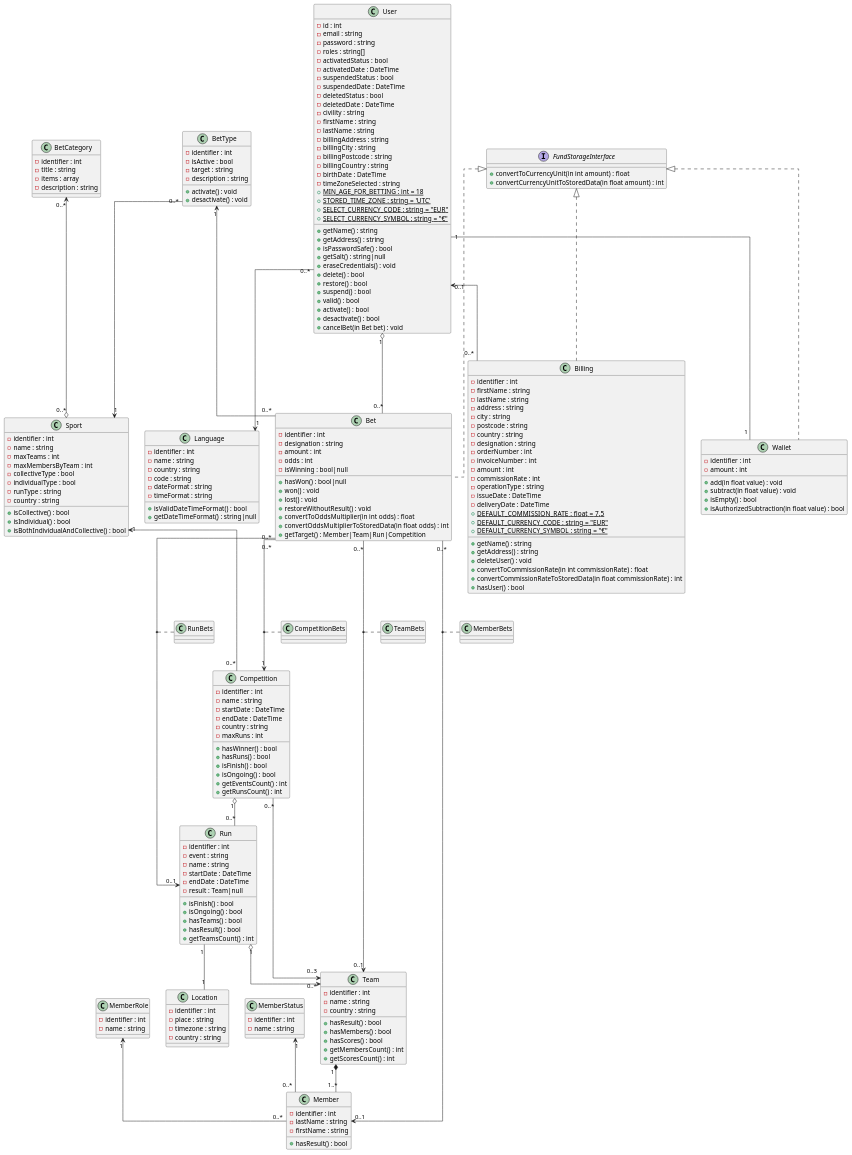
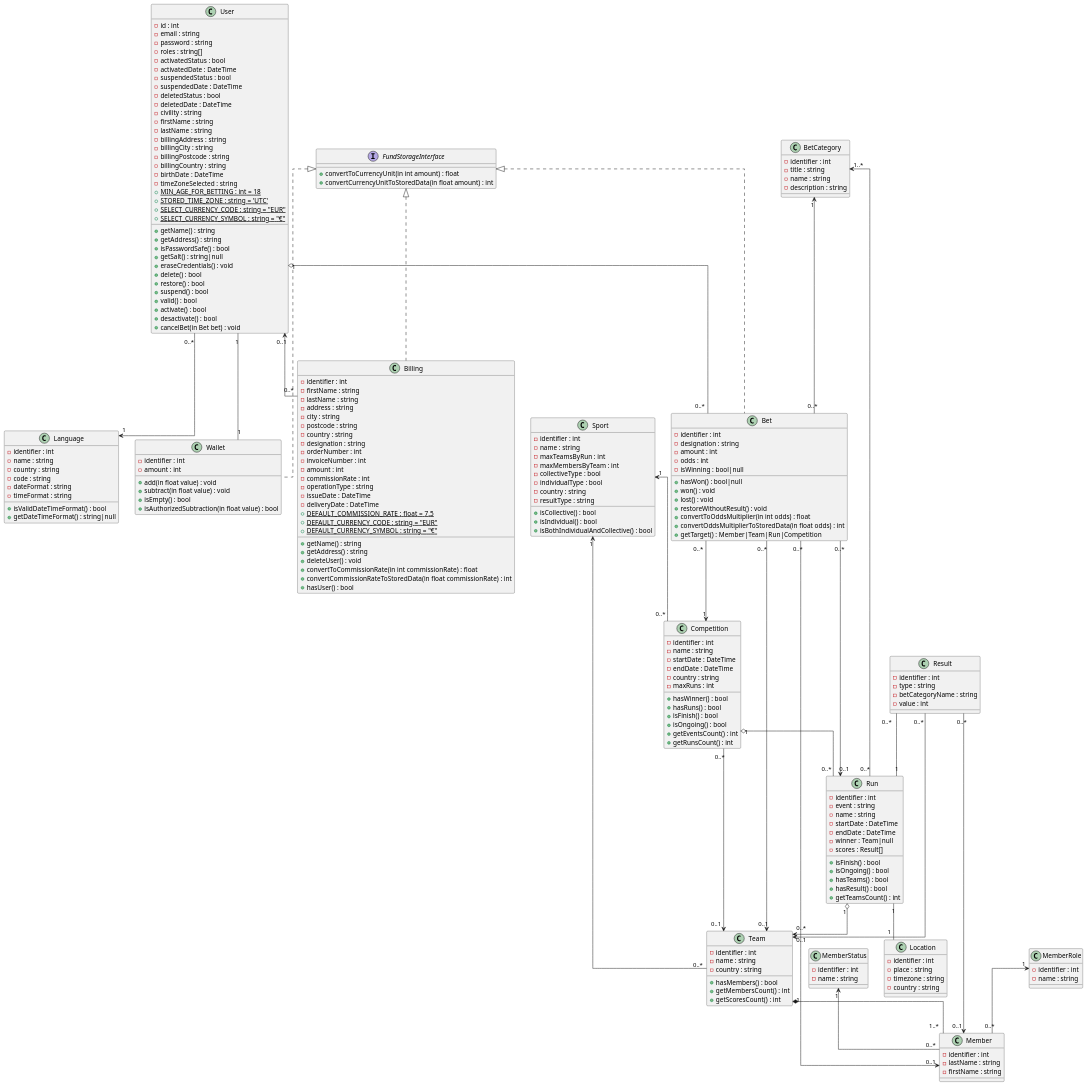
One commit to OFP-CDA-Mulhouse-2020/parisportif5 changed the diagram in docs/Uml/Diagramme_de_classe/Diagramme_de_classe.puml. Above: the diagram before and after it, drawn with PlantUML. The commit also changed 1 other file, not shown here.

Commit message:
2020-12-23 - #2 - Uml refactoring

```diff
--- a/docs/Uml/Diagramme_de_classe/Diagramme_de_classe.puml
+++ b/docs/Uml/Diagramme_de_classe/Diagramme_de_classe.puml
@@ -7,53 +7,41 @@
     'Une facture n'est pas pas forcément lié à un utilisateur existant
     User "0..1" <-- "0..*" Billing
     'Un paris a un type
-    BetType "1" <-- "0..*" Bet
+    BetCategory "1" <-- "0..*" Bet
     'Un utilisateur a un porte-feuille
     User "1" -- "1" Wallet
     'Un utilisateur a des paris
     User "1" o-- "0..*" Bet
-    'Un type de paris est lié à un sport
-    BetType "0..*" --> "1" Sport
-    'Une catégorie de paris est lié a un sport
-    BetCategory "0..*" <--o "0..*" Sport
     'La compétition a une équipe gagnante
-    Competition "0..*" --> "0..3" Team
+    Competition "0..*" --> "0..1" Team
     'Une compétition a plusieurs rencontre ou course
     Competition "1" o-- "0..*" Run
     'Une rencontre ou une course a un lieu
     Run "1" -- "1" Location
-    'Une équipe a des scores (des matchs, des courses)
-    'Team "1" o-- "0..*" Score
     'Une rencontre ou une course a plusieurs équipes
     Run "1" o--> "0..*" Team
     'Une équipe a plusieurs membre
     Team "1" *-- "1..*" Member
     'Une compétition a un sport
     Sport "1" <-- "0..*" Competition
-    'Une équipe a un résultat (gagnant, perdant) même dans le cas de sport individuel
-    'ResultType "0..1" <-- "0..*" Team
-    'Un membre a un résultat dans le cas de sport individuel (gagnant, perdant)
-    'ResultType "0..1" <-- "0..*" Member
+    Result "0..*" -- "1" Run
+    Result "0..*" --> "0..1" Team
+    Result "0..*" --> "0..1" Member
+    BetCategory "1..*" <-- "0..*" Run
+    Sport "1" <-- "0..*" Team
+    'BetCategory "1" <-- "0..*" Result
     'Un membre a un rôle (fonction) tel que pilote, joueur
     MemberRole "1" <-- "0..*" Member
     'Un membre a un status (blessé, titulaire)
     MemberStatus "1" <-- "0..*" Member
     'Liaison potentiel entre un paris et une compétition
     Bet "0..*" --> "1" Competition
-    'Classe d'association entre paris et compétition
-    (Bet, Competition) .. CompetitionBets
     'Liaison potentiel entre un paris et une rencontre ou course
     Bet "0..*" --> "0..1" Run
-    'Classe d'association entre un paris et une rencontre ou course
-    (Bet, Run) .. RunBets
     'Liaison potentiel entre un paris et une équipe
     Bet "0..*" --> "0..1" Team
-    'Classe d'association entre un paris et une équipe
-    (Bet, Team) .. TeamBets
     'Liaison potentiel entre un paris et un membre
     Bet "0..*" --> "0..1" Member
-    'Classe d'association entre un paris et un membre
-    (Bet, Member) .. MemberBets
     'Implémentation de l'interface FundStorageInterface par l'entité Billing
     FundStorageInterface <|.. Billing
     'Implémentation de l'interface FundStorageInterface par l'entité Wallet
@@ -76,11 +64,6 @@
         -identifier : int
         -name : string
     }
-    'Type de résultat (gagnant, perdant, ex aequo)
-    'class ResultType {
-    '    -identifier : int
-    '    -name : string
-    '}
     'Porte-feuille de l'utilisateur avec des fonds (de l'argent gagnés)
     class Wallet {
         -identifier : int
@@ -181,20 +164,11 @@
         +convertOddsMultiplierToStoredData(in float odds) : int
         +getTarget() : Member|Team|Run|Competition
     }
-    'Type de paris (ex: Paris sur la victoire d'1 équipe)
-    class BetType {
-        -identifier : int
-        -isActive : bool
-        -target : string
-        -description : string
-        +activate() : void
-        +desactivate() : void
-    }
-    'Catégorie de paris (ex: Paris sur les résultats)
+    'Catégorie de paris (ex: Paris sur le résultat)
     class BetCategory {
         -identifier : int
         -title : string
-        -items : array
+        -name : string
         -description : string
     }
     'Lieu de la rencontre/course
@@ -208,12 +182,12 @@
     class Sport {
         -identifier : int
         -name : string
-        -maxTeams : int
+        -maxTeamsByRun : int
         -maxMembersByTeam : int
         -collectiveType : bool
         -individualType : bool
-        -runType : string
         -country : string
+        -resultType : string
         +isCollective() : bool
         +isIndividual() : bool
         +isBothIndividualAndCollective() : bool
@@ -240,35 +214,33 @@
         -name : string
         -startDate : DateTime
         -endDate : DateTime
-        -result : Team|null
+        -winner : Team|null
+        -scores : Result[]
         +isFinish() : bool
         +isOngoing() : bool
         +hasTeams() : bool
         +hasResult() : bool
         +getTeamsCount() : int
     }
-    'Score de l'équipe ou du membre de l'équipe
-    'class Score {
-    '    -identifier : int
-    '    -value : int
-    '    -runType : string
-    '    +getScore() : int
-    '}
+    'Résultat du match ou de la course
+    class Result {
+        -identifier : int
+        -type : string
+        -betCategoryName : string
+        -value : int
+    }
     'Joueur ou sportif ou pilote
     class Member {
         -identifier : int
         -lastName : string
         -firstName : string
-        +hasResult() : bool
     }
     'Équipes qui participe à une rencontre, à une course
     class Team {
         -identifier : int
         -name : string
         -country : string
-        +hasResult() : bool
         +hasMembers() : bool
-        +hasScores() : bool
         +getMembersCount() : int
         +getScoresCount() : int
     }
```
